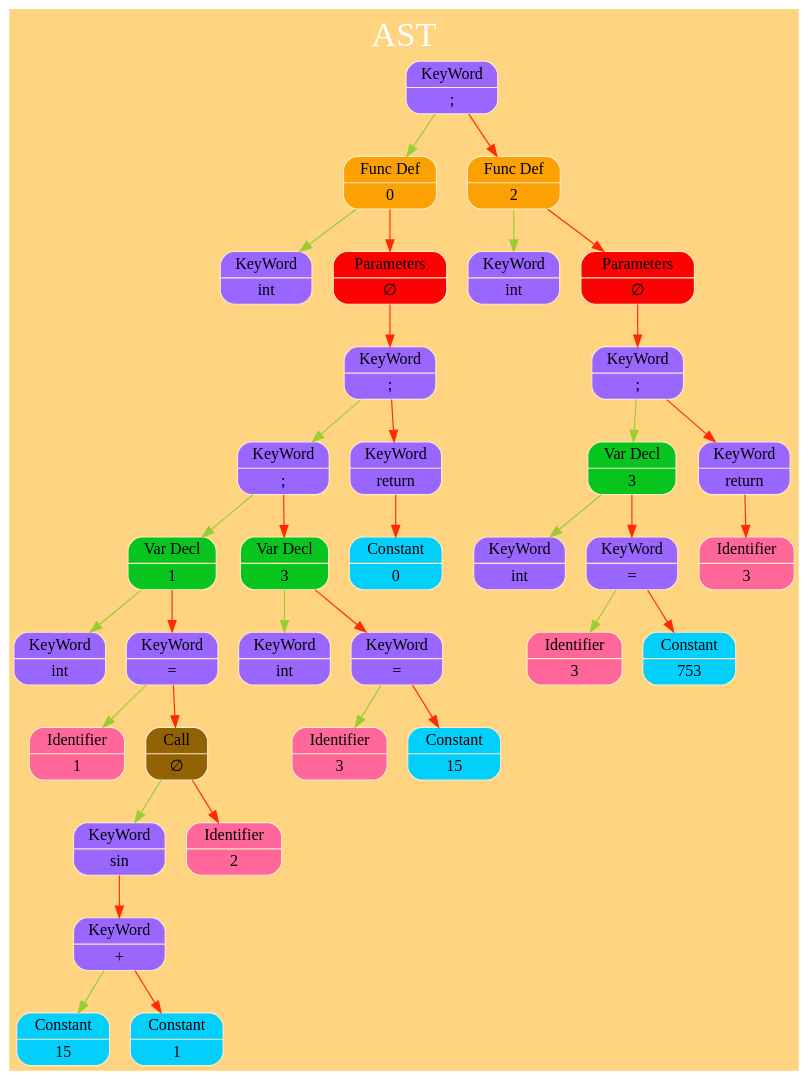
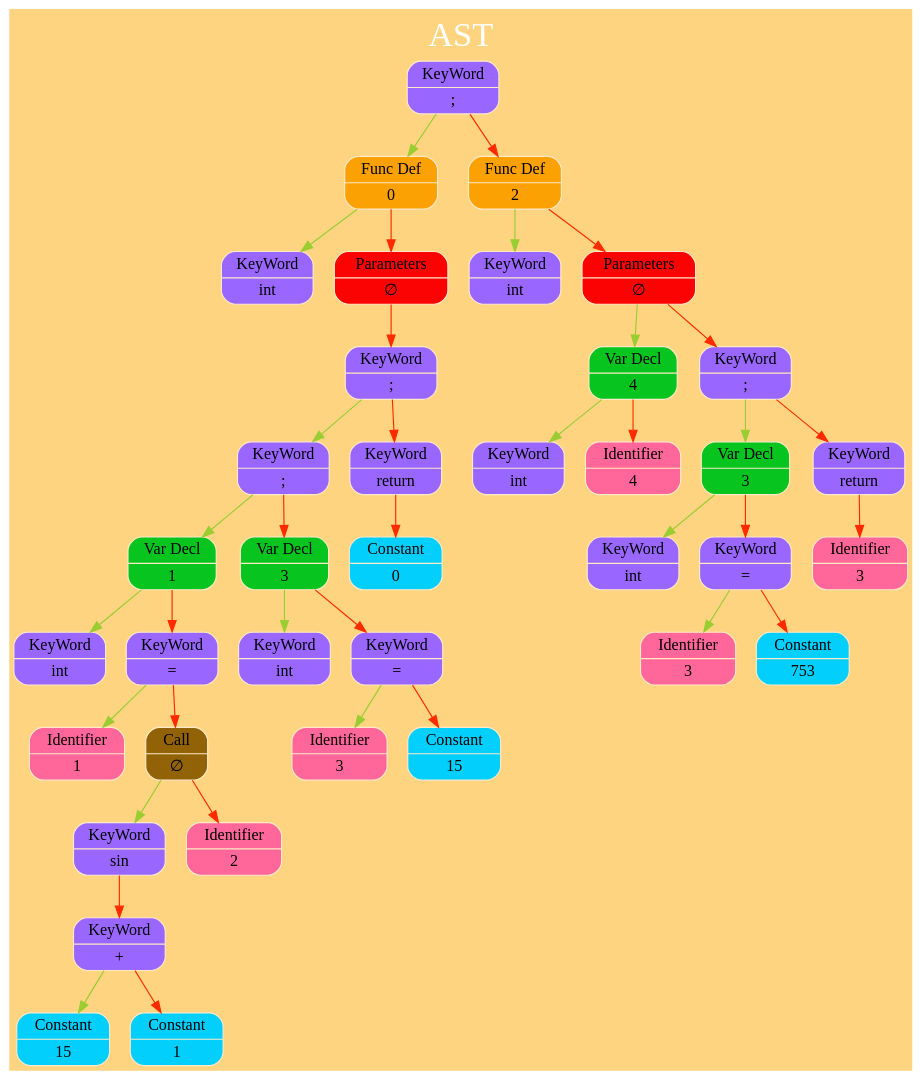
Before and after one commit to kand1bober/OOSD-Language: the diagram in Tree/graph_dump/TreeGraph.dot, drawn with Graphviz. The commit also changed 13 other files, not shown here.

```diff
--- a/Tree/graph_dump/TreeGraph.dot
+++ b/Tree/graph_dump/TreeGraph.dot
@@ -8,38 +8,41 @@
 fontcolor="#FFFFFF"
 
 rankdir=TB;size="200,300";bgcolor="#ffd480";
- node_0x5d104d49f400 [shape=record,style="rounded,filled",fillcolor="#9966FF",color="#FFE9C7",label=" { { KeyWord } | { &#x3B; } } " ]; node_0x5d104d49f400 -> node_0x5d104d499250 [color = "#9ACD32", arrowsize = 1] ;
- node_0x5d104d499250 [shape=record,style="rounded,filled",fillcolor="#fca103",color="#FFE9C7",label=" { { Func Def } | { 0 } } " ]; node_0x5d104d499250 -> node_0x5d104d499220 [color = "#9ACD32", arrowsize = 1] ;
- node_0x5d104d499220 [shape=record,style="rounded,filled",fillcolor="#9966FF",color="#FFE9C7",label=" { { KeyWord } | { int } } " ]; node_0x5d104d499250 -> node_0x5d104d499280 [color = "#FF2B00", arrowsize = 1] ;
- node_0x5d104d499280 [shape=record,style="rounded,filled",fillcolor="#fc0303",color="#FFE9C7",label=" { { Parameters } | { &#8709; } } " ]; node_0x5d104d499280 -> node_0x5d104d49f070 [color = "#FF2B00", arrowsize = 1] ;
- node_0x5d104d49f070 [shape=record,style="rounded,filled",fillcolor="#9966FF",color="#FFE9C7",label=" { { KeyWord } | { &#x3B; } } " ]; node_0x5d104d49f070 -> node_0x5d104d49f280 [color = "#9ACD32", arrowsize = 1] ;
- node_0x5d104d49f280 [shape=record,style="rounded,filled",fillcolor="#9966FF",color="#FFE9C7",label=" { { KeyWord } | { &#x3B; } } " ]; node_0x5d104d49f280 -> node_0x5d104d49f100 [color = "#9ACD32", arrowsize = 1] ;
- node_0x5d104d49f100 [shape=record,style="rounded,filled",fillcolor="#08c41e",color="#FFE9C7",label=" { { Var Decl } | { 1 } } " ]; node_0x5d104d49f100 -> node_0x5d104d49f0a0 [color = "#9ACD32", arrowsize = 1] ;
- node_0x5d104d49f0a0 [shape=record,style="rounded,filled",fillcolor="#9966FF",color="#FFE9C7",label=" { { KeyWord } | { int } } " ]; node_0x5d104d49f100 -> node_0x5d104d49f130 [color = "#FF2B00", arrowsize = 1] ;
- node_0x5d104d49f130 [shape=record,style="rounded,filled",fillcolor="#9966FF",color="#FFE9C7",label=" { { KeyWord } | { &#x3D; } } " ]; node_0x5d104d49f130 -> node_0x5d104d49f0d0 [color = "#9ACD32", arrowsize = 1] ;
- node_0x5d104d49f0d0 [shape=record,style="rounded,filled",fillcolor="#ff6699",color="#FFE9C7",label=" { { Identifier } | { 1 } } " ]; node_0x5d104d49f130 -> node_0x5d104d49f190 [color = "#FF2B00", arrowsize = 1] ;
- node_0x5d104d49f190 [shape=record,style="rounded,filled",fillcolor="#916306",color="#FFE9C7",label=" { { Call } | { &#8709; } } " ]; node_0x5d104d49f190 -> node_0x5d104d49f1c0 [color = "#9ACD32", arrowsize = 1] ;
- node_0x5d104d49f1c0 [shape=record,style="rounded,filled",fillcolor="#9966FF",color="#FFE9C7",label=" { { KeyWord } | { sin } } " ]; node_0x5d104d49f1c0 -> node_0x5d104d49f220 [color = "#FF2B00", arrowsize = 1] ;
- node_0x5d104d49f220 [shape=record,style="rounded,filled",fillcolor="#9966FF",color="#FFE9C7",label=" { { KeyWord } | { &#x2B; } } " ]; node_0x5d104d49f220 -> node_0x5d104d49f1f0 [color = "#9ACD32", arrowsize = 1] ;
- node_0x5d104d49f1f0 [shape=record,style="rounded,filled",fillcolor="#03cffc",color="#FFE9C7",label=" { { Constant } | { 15 } } " ]; node_0x5d104d49f220 -> node_0x5d104d49f250 [color = "#FF2B00", arrowsize = 1] ;
- node_0x5d104d49f250 [shape=record,style="rounded,filled",fillcolor="#03cffc",color="#FFE9C7",label=" { { Constant } | { 1 } } " ]; node_0x5d104d49f190 -> node_0x5d104d49f160 [color = "#FF2B00", arrowsize = 1] ;
- node_0x5d104d49f160 [shape=record,style="rounded,filled",fillcolor="#ff6699",color="#FFE9C7",label=" { { Identifier } | { 2 } } " ]; node_0x5d104d49f280 -> node_0x5d104d49f310 [color = "#FF2B00", arrowsize = 1] ;
- node_0x5d104d49f310 [shape=record,style="rounded,filled",fillcolor="#08c41e",color="#FFE9C7",label=" { { Var Decl } | { 3 } } " ]; node_0x5d104d49f310 -> node_0x5d104d49f2b0 [color = "#9ACD32", arrowsize = 1] ;
- node_0x5d104d49f2b0 [shape=record,style="rounded,filled",fillcolor="#9966FF",color="#FFE9C7",label=" { { KeyWord } | { int } } " ]; node_0x5d104d49f310 -> node_0x5d104d49f340 [color = "#FF2B00", arrowsize = 1] ;
- node_0x5d104d49f340 [shape=record,style="rounded,filled",fillcolor="#9966FF",color="#FFE9C7",label=" { { KeyWord } | { &#x3D; } } " ]; node_0x5d104d49f340 -> node_0x5d104d49f2e0 [color = "#9ACD32", arrowsize = 1] ;
- node_0x5d104d49f2e0 [shape=record,style="rounded,filled",fillcolor="#ff6699",color="#FFE9C7",label=" { { Identifier } | { 3 } } " ]; node_0x5d104d49f340 -> node_0x5d104d49f370 [color = "#FF2B00", arrowsize = 1] ;
- node_0x5d104d49f370 [shape=record,style="rounded,filled",fillcolor="#03cffc",color="#FFE9C7",label=" { { Constant } | { 15 } } " ]; node_0x5d104d49f070 -> node_0x5d104d49f3a0 [color = "#FF2B00", arrowsize = 1] ;
- node_0x5d104d49f3a0 [shape=record,style="rounded,filled",fillcolor="#9966FF",color="#FFE9C7",label=" { { KeyWord } | { return } } " ]; node_0x5d104d49f3a0 -> node_0x5d104d49f3d0 [color = "#FF2B00", arrowsize = 1] ;
- node_0x5d104d49f3d0 [shape=record,style="rounded,filled",fillcolor="#03cffc",color="#FFE9C7",label=" { { Constant } | { 0 } } " ]; node_0x5d104d49f400 -> node_0x5d104d49f460 [color = "#FF2B00", arrowsize = 1] ;
- node_0x5d104d49f460 [shape=record,style="rounded,filled",fillcolor="#fca103",color="#FFE9C7",label=" { { Func Def } | { 2 } } " ]; node_0x5d104d49f460 -> node_0x5d104d49f430 [color = "#9ACD32", arrowsize = 1] ;
- node_0x5d104d49f430 [shape=record,style="rounded,filled",fillcolor="#9966FF",color="#FFE9C7",label=" { { KeyWord } | { int } } " ]; node_0x5d104d49f460 -> node_0x5d104d49f490 [color = "#FF2B00", arrowsize = 1] ;
- node_0x5d104d49f490 [shape=record,style="rounded,filled",fillcolor="#fc0303",color="#FFE9C7",label=" { { Parameters } | { &#8709; } } " ]; node_0x5d104d49f490 -> node_0x5d104d49f4c0 [color = "#FF2B00", arrowsize = 1] ;
- node_0x5d104d49f4c0 [shape=record,style="rounded,filled",fillcolor="#9966FF",color="#FFE9C7",label=" { { KeyWord } | { &#x3B; } } " ]; node_0x5d104d49f4c0 -> node_0x5d104d49f550 [color = "#9ACD32", arrowsize = 1] ;
- node_0x5d104d49f550 [shape=record,style="rounded,filled",fillcolor="#08c41e",color="#FFE9C7",label=" { { Var Decl } | { 3 } } " ]; node_0x5d104d49f550 -> node_0x5d104d49f4f0 [color = "#9ACD32", arrowsize = 1] ;
- node_0x5d104d49f4f0 [shape=record,style="rounded,filled",fillcolor="#9966FF",color="#FFE9C7",label=" { { KeyWord } | { int } } " ]; node_0x5d104d49f550 -> node_0x5d104d49f580 [color = "#FF2B00", arrowsize = 1] ;
- node_0x5d104d49f580 [shape=record,style="rounded,filled",fillcolor="#9966FF",color="#FFE9C7",label=" { { KeyWord } | { &#x3D; } } " ]; node_0x5d104d49f580 -> node_0x5d104d49f520 [color = "#9ACD32", arrowsize = 1] ;
- node_0x5d104d49f520 [shape=record,style="rounded,filled",fillcolor="#ff6699",color="#FFE9C7",label=" { { Identifier } | { 3 } } " ]; node_0x5d104d49f580 -> node_0x5d104d49f5b0 [color = "#FF2B00", arrowsize = 1] ;
- node_0x5d104d49f5b0 [shape=record,style="rounded,filled",fillcolor="#03cffc",color="#FFE9C7",label=" { { Constant } | { 753 } } " ]; node_0x5d104d49f4c0 -> node_0x5d104d49f5e0 [color = "#FF2B00", arrowsize = 1] ;
- node_0x5d104d49f5e0 [shape=record,style="rounded,filled",fillcolor="#9966FF",color="#FFE9C7",label=" { { KeyWord } | { return } } " ]; node_0x5d104d49f5e0 -> node_0x5d104d49f610 [color = "#FF2B00", arrowsize = 1] ;
- node_0x5d104d49f610 [shape=record,style="rounded,filled",fillcolor="#ff6699",color="#FFE9C7",label=" { { Identifier } | { 3 } } " ]; 
+ node_0x5ed7f9939600 [shape=record,style="rounded,filled",fillcolor="#9966FF",color="#FFE9C7",label=" { { KeyWord } | { &#x3B; } } " ]; node_0x5ed7f9939600 -> node_0x5ed7f9933250 [color = "#9ACD32", arrowsize = 1] ;
+ node_0x5ed7f9933250 [shape=record,style="rounded,filled",fillcolor="#fca103",color="#FFE9C7",label=" { { Func Def } | { 0 } } " ]; node_0x5ed7f9933250 -> node_0x5ed7f9933220 [color = "#9ACD32", arrowsize = 1] ;
+ node_0x5ed7f9933220 [shape=record,style="rounded,filled",fillcolor="#9966FF",color="#FFE9C7",label=" { { KeyWord } | { int } } " ]; node_0x5ed7f9933250 -> node_0x5ed7f9933280 [color = "#FF2B00", arrowsize = 1] ;
+ node_0x5ed7f9933280 [shape=record,style="rounded,filled",fillcolor="#fc0303",color="#FFE9C7",label=" { { Parameters } | { &#8709; } } " ]; node_0x5ed7f9933280 -> node_0x5ed7f9939270 [color = "#FF2B00", arrowsize = 1] ;
+ node_0x5ed7f9939270 [shape=record,style="rounded,filled",fillcolor="#9966FF",color="#FFE9C7",label=" { { KeyWord } | { &#x3B; } } " ]; node_0x5ed7f9939270 -> node_0x5ed7f9939480 [color = "#9ACD32", arrowsize = 1] ;
+ node_0x5ed7f9939480 [shape=record,style="rounded,filled",fillcolor="#9966FF",color="#FFE9C7",label=" { { KeyWord } | { &#x3B; } } " ]; node_0x5ed7f9939480 -> node_0x5ed7f9939300 [color = "#9ACD32", arrowsize = 1] ;
+ node_0x5ed7f9939300 [shape=record,style="rounded,filled",fillcolor="#08c41e",color="#FFE9C7",label=" { { Var Decl } | { 1 } } " ]; node_0x5ed7f9939300 -> node_0x5ed7f99392a0 [color = "#9ACD32", arrowsize = 1] ;
+ node_0x5ed7f99392a0 [shape=record,style="rounded,filled",fillcolor="#9966FF",color="#FFE9C7",label=" { { KeyWord } | { int } } " ]; node_0x5ed7f9939300 -> node_0x5ed7f9939330 [color = "#FF2B00", arrowsize = 1] ;
+ node_0x5ed7f9939330 [shape=record,style="rounded,filled",fillcolor="#9966FF",color="#FFE9C7",label=" { { KeyWord } | { &#x3D; } } " ]; node_0x5ed7f9939330 -> node_0x5ed7f99392d0 [color = "#9ACD32", arrowsize = 1] ;
+ node_0x5ed7f99392d0 [shape=record,style="rounded,filled",fillcolor="#ff6699",color="#FFE9C7",label=" { { Identifier } | { 1 } } " ]; node_0x5ed7f9939330 -> node_0x5ed7f9939390 [color = "#FF2B00", arrowsize = 1] ;
+ node_0x5ed7f9939390 [shape=record,style="rounded,filled",fillcolor="#916306",color="#FFE9C7",label=" { { Call } | { &#8709; } } " ]; node_0x5ed7f9939390 -> node_0x5ed7f99393c0 [color = "#9ACD32", arrowsize = 1] ;
+ node_0x5ed7f99393c0 [shape=record,style="rounded,filled",fillcolor="#9966FF",color="#FFE9C7",label=" { { KeyWord } | { sin } } " ]; node_0x5ed7f99393c0 -> node_0x5ed7f9939420 [color = "#FF2B00", arrowsize = 1] ;
+ node_0x5ed7f9939420 [shape=record,style="rounded,filled",fillcolor="#9966FF",color="#FFE9C7",label=" { { KeyWord } | { &#x2B; } } " ]; node_0x5ed7f9939420 -> node_0x5ed7f99393f0 [color = "#9ACD32", arrowsize = 1] ;
+ node_0x5ed7f99393f0 [shape=record,style="rounded,filled",fillcolor="#03cffc",color="#FFE9C7",label=" { { Constant } | { 15 } } " ]; node_0x5ed7f9939420 -> node_0x5ed7f9939450 [color = "#FF2B00", arrowsize = 1] ;
+ node_0x5ed7f9939450 [shape=record,style="rounded,filled",fillcolor="#03cffc",color="#FFE9C7",label=" { { Constant } | { 1 } } " ]; node_0x5ed7f9939390 -> node_0x5ed7f9939360 [color = "#FF2B00", arrowsize = 1] ;
+ node_0x5ed7f9939360 [shape=record,style="rounded,filled",fillcolor="#ff6699",color="#FFE9C7",label=" { { Identifier } | { 2 } } " ]; node_0x5ed7f9939480 -> node_0x5ed7f9939510 [color = "#FF2B00", arrowsize = 1] ;
+ node_0x5ed7f9939510 [shape=record,style="rounded,filled",fillcolor="#08c41e",color="#FFE9C7",label=" { { Var Decl } | { 3 } } " ]; node_0x5ed7f9939510 -> node_0x5ed7f99394b0 [color = "#9ACD32", arrowsize = 1] ;
+ node_0x5ed7f99394b0 [shape=record,style="rounded,filled",fillcolor="#9966FF",color="#FFE9C7",label=" { { KeyWord } | { int } } " ]; node_0x5ed7f9939510 -> node_0x5ed7f9939540 [color = "#FF2B00", arrowsize = 1] ;
+ node_0x5ed7f9939540 [shape=record,style="rounded,filled",fillcolor="#9966FF",color="#FFE9C7",label=" { { KeyWord } | { &#x3D; } } " ]; node_0x5ed7f9939540 -> node_0x5ed7f99394e0 [color = "#9ACD32", arrowsize = 1] ;
+ node_0x5ed7f99394e0 [shape=record,style="rounded,filled",fillcolor="#ff6699",color="#FFE9C7",label=" { { Identifier } | { 3 } } " ]; node_0x5ed7f9939540 -> node_0x5ed7f9939570 [color = "#FF2B00", arrowsize = 1] ;
+ node_0x5ed7f9939570 [shape=record,style="rounded,filled",fillcolor="#03cffc",color="#FFE9C7",label=" { { Constant } | { 15 } } " ]; node_0x5ed7f9939270 -> node_0x5ed7f99395a0 [color = "#FF2B00", arrowsize = 1] ;
+ node_0x5ed7f99395a0 [shape=record,style="rounded,filled",fillcolor="#9966FF",color="#FFE9C7",label=" { { KeyWord } | { return } } " ]; node_0x5ed7f99395a0 -> node_0x5ed7f99395d0 [color = "#FF2B00", arrowsize = 1] ;
+ node_0x5ed7f99395d0 [shape=record,style="rounded,filled",fillcolor="#03cffc",color="#FFE9C7",label=" { { Constant } | { 0 } } " ]; node_0x5ed7f9939600 -> node_0x5ed7f9939660 [color = "#FF2B00", arrowsize = 1] ;
+ node_0x5ed7f9939660 [shape=record,style="rounded,filled",fillcolor="#fca103",color="#FFE9C7",label=" { { Func Def } | { 2 } } " ]; node_0x5ed7f9939660 -> node_0x5ed7f9939630 [color = "#9ACD32", arrowsize = 1] ;
+ node_0x5ed7f9939630 [shape=record,style="rounded,filled",fillcolor="#9966FF",color="#FFE9C7",label=" { { KeyWord } | { int } } " ]; node_0x5ed7f9939660 -> node_0x5ed7f9939690 [color = "#FF2B00", arrowsize = 1] ;
+ node_0x5ed7f9939690 [shape=record,style="rounded,filled",fillcolor="#fc0303",color="#FFE9C7",label=" { { Parameters } | { &#8709; } } " ]; node_0x5ed7f9939690 -> node_0x5ed7f9939720 [color = "#9ACD32", arrowsize = 1] ;
+ node_0x5ed7f9939720 [shape=record,style="rounded,filled",fillcolor="#08c41e",color="#FFE9C7",label=" { { Var Decl } | { 4 } } " ]; node_0x5ed7f9939720 -> node_0x5ed7f99396c0 [color = "#9ACD32", arrowsize = 1] ;
+ node_0x5ed7f99396c0 [shape=record,style="rounded,filled",fillcolor="#9966FF",color="#FFE9C7",label=" { { KeyWord } | { int } } " ]; node_0x5ed7f9939720 -> node_0x5ed7f99396f0 [color = "#FF2B00", arrowsize = 1] ;
+ node_0x5ed7f99396f0 [shape=record,style="rounded,filled",fillcolor="#ff6699",color="#FFE9C7",label=" { { Identifier } | { 4 } } " ]; node_0x5ed7f9939690 -> node_0x5ed7f9939750 [color = "#FF2B00", arrowsize = 1] ;
+ node_0x5ed7f9939750 [shape=record,style="rounded,filled",fillcolor="#9966FF",color="#FFE9C7",label=" { { KeyWord } | { &#x3B; } } " ]; node_0x5ed7f9939750 -> node_0x5ed7f99397e0 [color = "#9ACD32", arrowsize = 1] ;
+ node_0x5ed7f99397e0 [shape=record,style="rounded,filled",fillcolor="#08c41e",color="#FFE9C7",label=" { { Var Decl } | { 3 } } " ]; node_0x5ed7f99397e0 -> node_0x5ed7f9939780 [color = "#9ACD32", arrowsize = 1] ;
+ node_0x5ed7f9939780 [shape=record,style="rounded,filled",fillcolor="#9966FF",color="#FFE9C7",label=" { { KeyWord } | { int } } " ]; node_0x5ed7f99397e0 -> node_0x5ed7f9939810 [color = "#FF2B00", arrowsize = 1] ;
+ node_0x5ed7f9939810 [shape=record,style="rounded,filled",fillcolor="#9966FF",color="#FFE9C7",label=" { { KeyWord } | { &#x3D; } } " ]; node_0x5ed7f9939810 -> node_0x5ed7f99397b0 [color = "#9ACD32", arrowsize = 1] ;
+ node_0x5ed7f99397b0 [shape=record,style="rounded,filled",fillcolor="#ff6699",color="#FFE9C7",label=" { { Identifier } | { 3 } } " ]; node_0x5ed7f9939810 -> node_0x5ed7f9939840 [color = "#FF2B00", arrowsize = 1] ;
+ node_0x5ed7f9939840 [shape=record,style="rounded,filled",fillcolor="#03cffc",color="#FFE9C7",label=" { { Constant } | { 753 } } " ]; node_0x5ed7f9939750 -> node_0x5ed7f9939870 [color = "#FF2B00", arrowsize = 1] ;
+ node_0x5ed7f9939870 [shape=record,style="rounded,filled",fillcolor="#9966FF",color="#FFE9C7",label=" { { KeyWord } | { return } } " ]; node_0x5ed7f9939870 -> node_0x5ed7f99398a0 [color = "#FF2B00", arrowsize = 1] ;
+ node_0x5ed7f99398a0 [shape=record,style="rounded,filled",fillcolor="#ff6699",color="#FFE9C7",label=" { { Identifier } | { 3 } } " ]; 
 }
```
